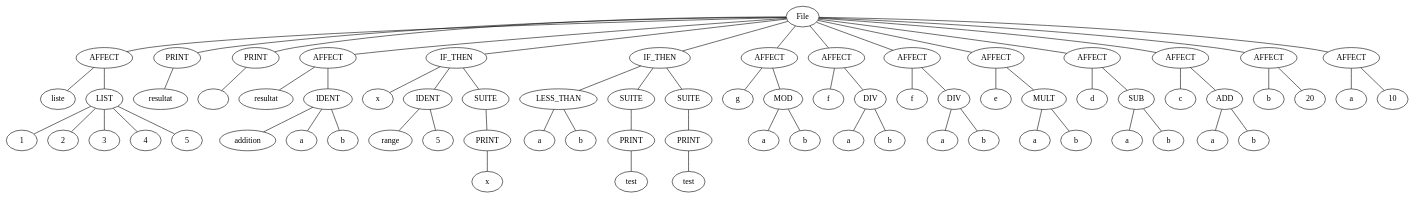
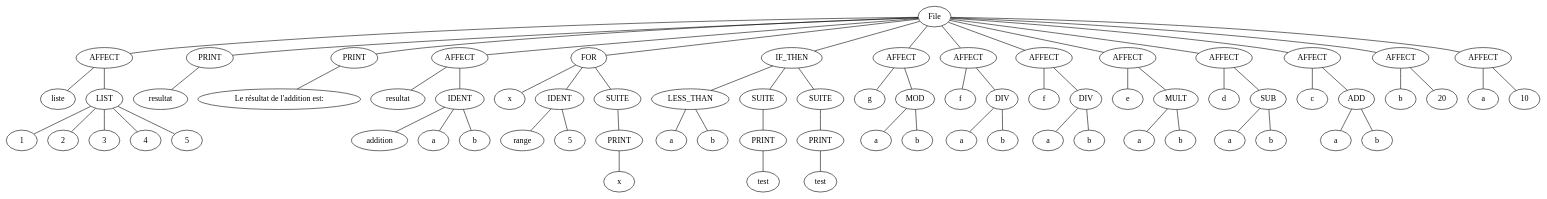
One commit to nathanl0204/pcl1 changed the diagram in app/src/main/resources/output.dot. Above: the diagram before and after it, drawn with Graphviz. The commit also changed 5 other files, not shown here.

Commit message:
plus d'erreur dans le parser, plus affichage graph ok

```diff
--- a/app/src/main/resources/output.dot
+++ b/app/src/main/resources/output.dot
@@ -1,147 +1,147 @@
 graph G {
   root [label="File"];
+  root -- root_681842940;
   root_681842940 [label="AFFECT"];
   root_681842940_leftExpr [label="liste"];
   root_681842940 -- root_681842940_leftExpr;
   root_681842940_rightExpr [label="LIST"];
   root_681842940_rightExpr -- root_681842940_rightExpr_2001049719;
   root_681842940_rightExpr_2001049719 [label="1"];
   root_681842940_rightExpr -- root_681842940_rightExpr_1528902577;
   root_681842940_rightExpr_1528902577 [label="2"];
   root_681842940_rightExpr -- root_681842940_rightExpr_1927950199;
   root_681842940_rightExpr_1927950199 [label="3"];
   root_681842940_rightExpr -- root_681842940_rightExpr_868693306;
   root_681842940_rightExpr_868693306 [label="4"];
   root_681842940_rightExpr -- root_681842940_rightExpr_1746572565;
   root_681842940_rightExpr_1746572565 [label="5"];
   root_681842940 -- root_681842940_rightExpr;
-  root -- root_681842940;
+  root -- root_989110044;
   root_989110044 [label="PRINT"];
   root_989110044 -- root_989110044_;
   root_989110044_ [label="resultat"];
-  root -- root_989110044;
+  root -- root_424058530;
   root_424058530 [label="PRINT"];
   root_424058530 -- root_424058530_;
-  root_424058530_ [label=""];
-  root -- root_424058530;
+  root_424058530_ [label="Le résultat de l'addition est:"];
+  root -- root_321001045;
   root_321001045 [label="AFFECT"];
   root_321001045_leftExpr [label="resultat"];
   root_321001045 -- root_321001045_leftExpr;
   root_321001045_rightExpr [label="IDENT"];
   root_321001045_rightExpr -- root_321001045_rightExpr_791452441;
   root_321001045_rightExpr_791452441 [label="addition"];
   root_321001045_rightExpr -- root_321001045_rightExpr_834600351;
   root_321001045_rightExpr_834600351 [label="a"];
   root_321001045_rightExpr -- root_321001045_rightExpr_471910020;
   root_321001045_rightExpr_471910020 [label="b"];
   root_321001045 -- root_321001045_rightExpr;
-  root -- root_321001045;
-  root_531885035 [label="IF_THEN"];
-  root_531885035 -- root_531885035_if;
-  root_531885035_if [label="x"];
-  root_531885035 -- root_531885035_then;
-  root_531885035_then [label="IDENT"];
-  root_531885035_then -- root_531885035_then_1418481495;
-  root_531885035_then_1418481495 [label="range"];
-  root_531885035_then -- root_531885035_then_303563356;
-  root_531885035_then_303563356 [label="5"];
-  root_531885035 -- root_531885035_else;
-  root_531885035_else [label="SUITE"];
-  root_531885035_else -- root_531885035_else_135721597;
-  root_531885035_else_135721597 [label="PRINT"];
-  root_531885035_else_135721597 -- root_531885035_else_135721597_;
-  root_531885035_else_135721597_ [label="x"];
   root -- root_531885035;
+  root_531885035 [label="FOR"];
+  root_531885035 -- root_531885035_ident;
+  root_531885035_ident [label="x"];
+  root_531885035 -- root_531885035_expr;
+  root_531885035_expr [label="IDENT"];
+  root_531885035_expr -- root_531885035_expr_1418481495;
+  root_531885035_expr_1418481495 [label="range"];
+  root_531885035_expr -- root_531885035_expr_303563356;
+  root_531885035_expr_303563356 [label="5"];
+  root_531885035 -- root_531885035_suite;
+  root_531885035_suite [label="SUITE"];
+  root_531885035_suite -- root_531885035_suite_135721597;
+  root_531885035_suite_135721597 [label="PRINT"];
+  root_531885035_suite_135721597 -- root_531885035_suite_135721597_;
+  root_531885035_suite_135721597_ [label="x"];
+  root -- root_142257191;
   root_142257191 [label="IF_THEN"];
   root_142257191 -- root_142257191_if;
   root_142257191_if [label="LESS_THAN"];
   root_142257191_if -- root_142257191_if_left;
   root_142257191_if_left [label="a"];
   root_142257191_if -- root_142257191_if_right;
   root_142257191_if_right [label="b"];
   root_142257191 -- root_142257191_then;
   root_142257191_then [label="SUITE"];
   root_142257191_then -- root_142257191_then_1044036744;
   root_142257191_then_1044036744 [label="PRINT"];
   root_142257191_then_1044036744 -- root_142257191_then_1044036744_;
   root_142257191_then_1044036744_ [label="test"];
   root_142257191 -- root_142257191_else;
   root_142257191_else [label="SUITE"];
   root_142257191_else -- root_142257191_else_1826771953;
   root_142257191_else_1826771953 [label="PRINT"];
   root_142257191_else_1826771953 -- root_142257191_else_1826771953_;
   root_142257191_else_1826771953_ [label="test"];
-  root -- root_142257191;
+  root -- root_1406718218;
   root_1406718218 [label="AFFECT"];
   root_1406718218_leftExpr [label="g"];
   root_1406718218 -- root_1406718218_leftExpr;
   root_1406718218_rightExpr [label="MOD"];
   root_1406718218_rightExpr -- root_1406718218_rightExpr_left;
   root_1406718218_rightExpr_left [label="a"];
   root_1406718218_rightExpr -- root_1406718218_rightExpr_right;
   root_1406718218_rightExpr_right [label="b"];
   root_1406718218 -- root_1406718218_rightExpr;
-  root -- root_1406718218;
+  root -- root_245257410;
   root_245257410 [label="AFFECT"];
   root_245257410_leftExpr [label="f"];
   root_245257410 -- root_245257410_leftExpr;
   root_245257410_rightExpr [label="DIV"];
   root_245257410_rightExpr -- root_245257410_rightExpr_left;
   root_245257410_rightExpr_left [label="a"];
   root_245257410_rightExpr -- root_245257410_rightExpr_right;
   root_245257410_rightExpr_right [label="b"];
   root_245257410 -- root_245257410_rightExpr;
-  root -- root_245257410;
+  root -- root_1705736037;
   root_1705736037 [label="AFFECT"];
   root_1705736037_leftExpr [label="f"];
   root_1705736037 -- root_1705736037_leftExpr;
   root_1705736037_rightExpr [label="DIV"];
   root_1705736037_rightExpr -- root_1705736037_rightExpr_left;
   root_1705736037_rightExpr_left [label="a"];
   root_1705736037_rightExpr -- root_1705736037_rightExpr_right;
   root_1705736037_rightExpr_right [label="b"];
   root_1705736037 -- root_1705736037_rightExpr;
-  root -- root_1705736037;
+  root -- root_455659002;
   root_455659002 [label="AFFECT"];
   root_455659002_leftExpr [label="e"];
   root_455659002 -- root_455659002_leftExpr;
   root_455659002_rightExpr [label="MULT"];
   root_455659002_rightExpr -- root_455659002_rightExpr_left;
   root_455659002_rightExpr_left [label="a"];
   root_455659002_rightExpr -- root_455659002_rightExpr_right;
   root_455659002_rightExpr_right [label="b"];
   root_455659002 -- root_455659002_rightExpr;
-  root -- root_455659002;
+  root -- root_250421012;
   root_250421012 [label="AFFECT"];
   root_250421012_leftExpr [label="d"];
   root_250421012 -- root_250421012_leftExpr;
   root_250421012_rightExpr [label="SUB"];
   root_250421012_rightExpr -- root_250421012_rightExpr_left;
   root_250421012_rightExpr_left [label="a"];
   root_250421012_rightExpr -- root_250421012_rightExpr_right;
   root_250421012_rightExpr_right [label="b"];
   root_250421012 -- root_250421012_rightExpr;
-  root -- root_250421012;
+  root -- root_1915318863;
   root_1915318863 [label="AFFECT"];
   root_1915318863_leftExpr [label="c"];
   root_1915318863 -- root_1915318863_leftExpr;
   root_1915318863_rightExpr [label="ADD"];
   root_1915318863_rightExpr -- root_1915318863_rightExpr_left;
   root_1915318863_rightExpr_left [label="a"];
   root_1915318863_rightExpr -- root_1915318863_rightExpr_right;
   root_1915318863_rightExpr_right [label="b"];
   root_1915318863 -- root_1915318863_rightExpr;
-  root -- root_1915318863;
+  root -- root_1283928880;
   root_1283928880 [label="AFFECT"];
   root_1283928880_leftExpr [label="b"];
   root_1283928880 -- root_1283928880_leftExpr;
   root_1283928880_rightExpr [label="20"];
   root_1283928880 -- root_1283928880_rightExpr;
-  root -- root_1283928880;
+  root -- root_295530567;
   root_295530567 [label="AFFECT"];
   root_295530567_leftExpr [label="a"];
   root_295530567 -- root_295530567_leftExpr;
   root_295530567_rightExpr [label="10"];
   root_295530567 -- root_295530567_rightExpr;
-  root -- root_295530567;
 }
```
